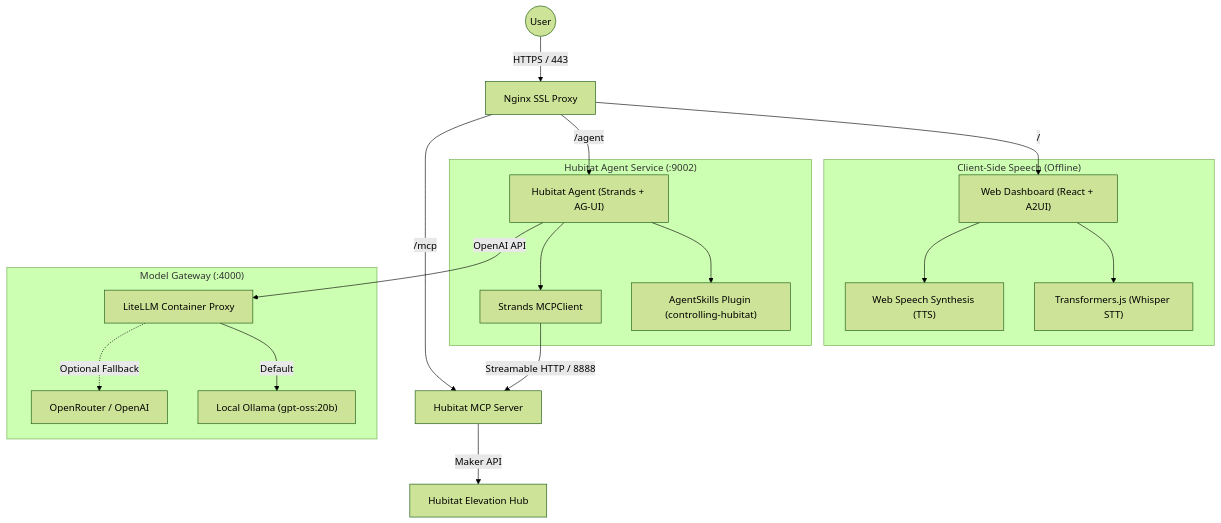
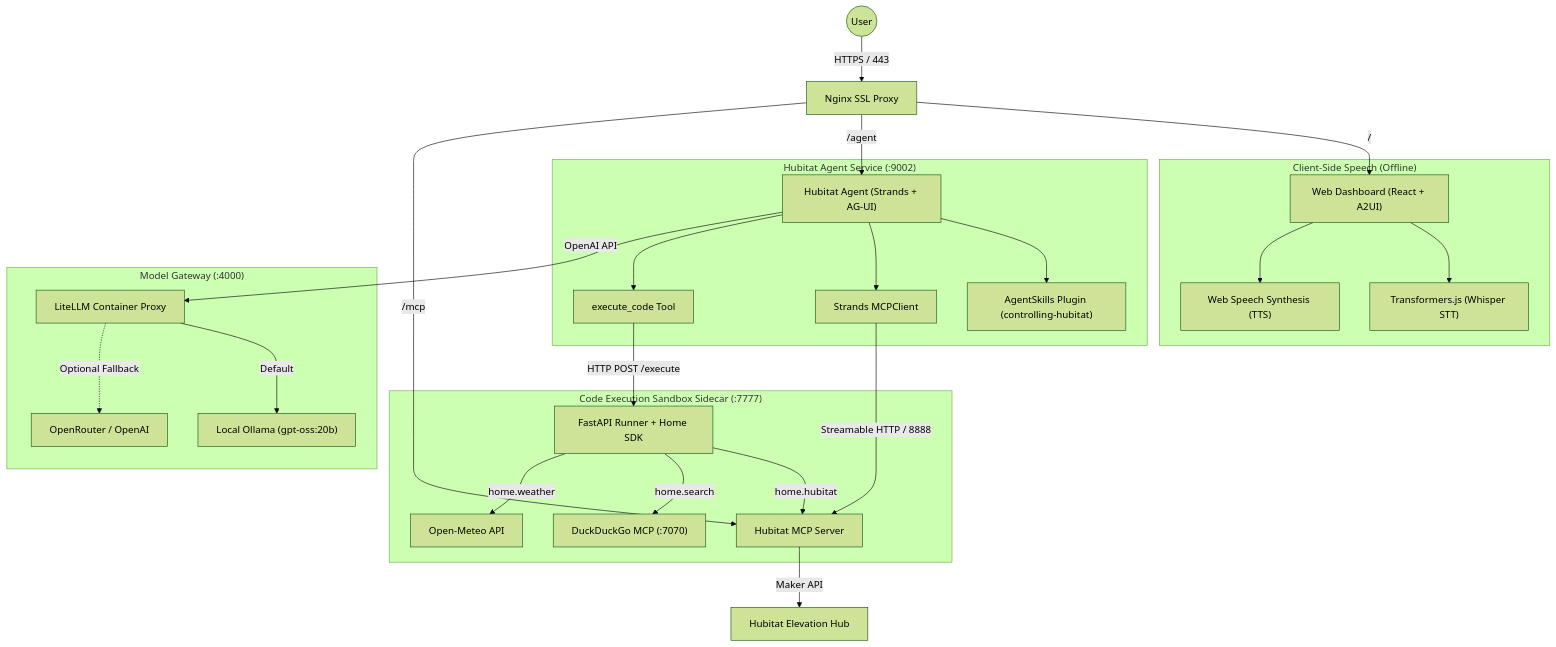
One commit to coatsnmore/home-agent changed the diagram in AGENTS.md. Above: the diagram before and after it, drawn with Mermaid (forest theme). The commit also changed other lines of this file and 13 other files, not shown here.

````diff
--- a/AGENTS.md
+++ b/AGENTS.md
@@ -11,26 +11,34 @@
 ```mermaid
 graph TD
     User((User)) -->|HTTPS / 443| Nginx[Nginx SSL Proxy]
     Nginx -->|/ | WebUI["Web Dashboard (React + A2UI)"]
     Nginx -->|/agent| HubitatAgent["Hubitat Agent (Strands + AG-UI)"]
     Nginx -->|/mcp| HubitatMCP["Hubitat MCP Server"]
 
     subgraph "Client-Side Speech (Offline)"
         WebUI --> LocalWhisper["Transformers.js (Whisper STT)"]
         WebUI --> SpeechSynth["Web Speech Synthesis (TTS)"]
     end
 
     subgraph "Hubitat Agent Service (:9002)"
         HubitatAgent --> SkillsPlugin["AgentSkills Plugin (controlling-hubitat)"]
         HubitatAgent --> MCPClient["Strands MCPClient"]
+        HubitatAgent --> CodeTool["execute_code Tool"]
+    end
+
+    subgraph "Code Execution Sandbox Sidecar (:7777)"
+        CodeTool -->|HTTP POST /execute| Sandbox["FastAPI Runner + Home SDK"]
+        Sandbox -->|home.hubitat| HubitatMCP
+        Sandbox -->|home.search| DDGMCP["DuckDuckGo MCP (:7070)"]
+        Sandbox -->|home.weather| WeatherAPI["Open-Meteo API"]
     end
 
     MCPClient -->|Streamable HTTP / 8888| HubitatMCP
     HubitatMCP -->|Maker API| HubitatHub["Hubitat Elevation Hub"]
 
     subgraph "Model Gateway (:4000)"
         HubitatAgent -->|OpenAI API| LiteLLM["LiteLLM Container Proxy"]
         LiteLLM -->|Default| OllamaLocal["Local Ollama (gpt-oss:20b)"]
         LiteLLM -.->|Optional Fallback| CloudModels["OpenRouter / OpenAI"]
     end
 ```
````
